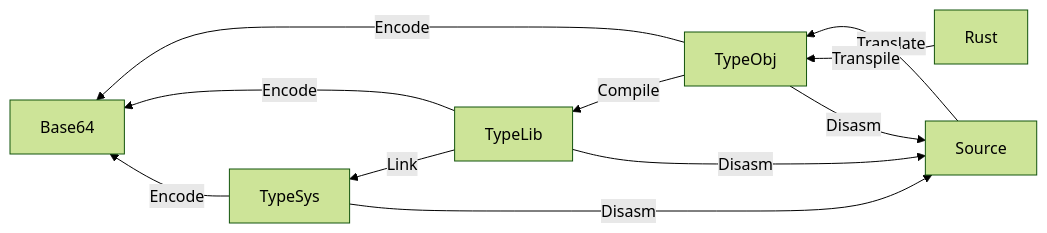
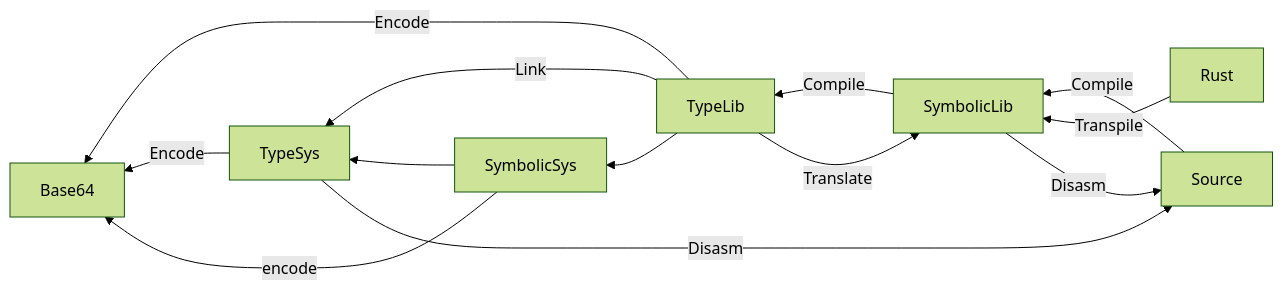
The diagram in doc/workflow.md (strict-types/strict-types), drawn with Mermaid (forest theme) before and after one commit. The commit also changed 7 other files, not shown here.

Commit message:
typesys: refactor symbolic system type names

````diff
--- a/doc/workflow.md
+++ b/doc/workflow.md
@@ -3,13 +3,15 @@
 ```mermaid
 flowchart RL
-    Source -- Translate --> TypeObj
-    Rust -- Transpile --> TypeObj
-    TypeObj -- Compile --> TypeLib
-    TypeObj -- Disasm --> Source
-    TypeObj -- Encode --> Base64
+    Source -- Compile --> SymbolicLib
+    Rust -- Transpile --> SymbolicLib
+    SymbolicLib -- Compile --> TypeLib
+    SymbolicLib -- Disasm --> Source
+    TypeLib -- Translate --> SymbolicLib
     TypeLib -- Link --> TypeSys
-    TypeLib -- Disasm --> Source
     TypeLib -- Encode --> Base64
     TypeSys -- Encode --> Base64
     TypeSys -- Disasm --> Source
+    TypeLib --> SymbolicSys
+    SymbolicSys --> TypeSys
+    SymbolicSys -- encode --> Base64
 ```
````
